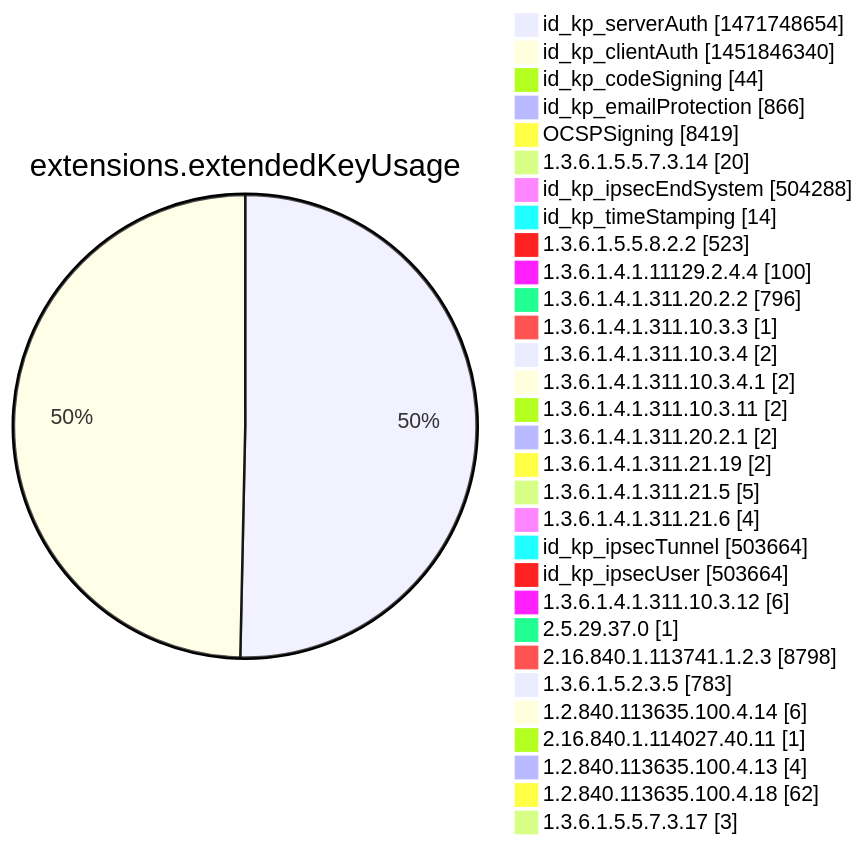
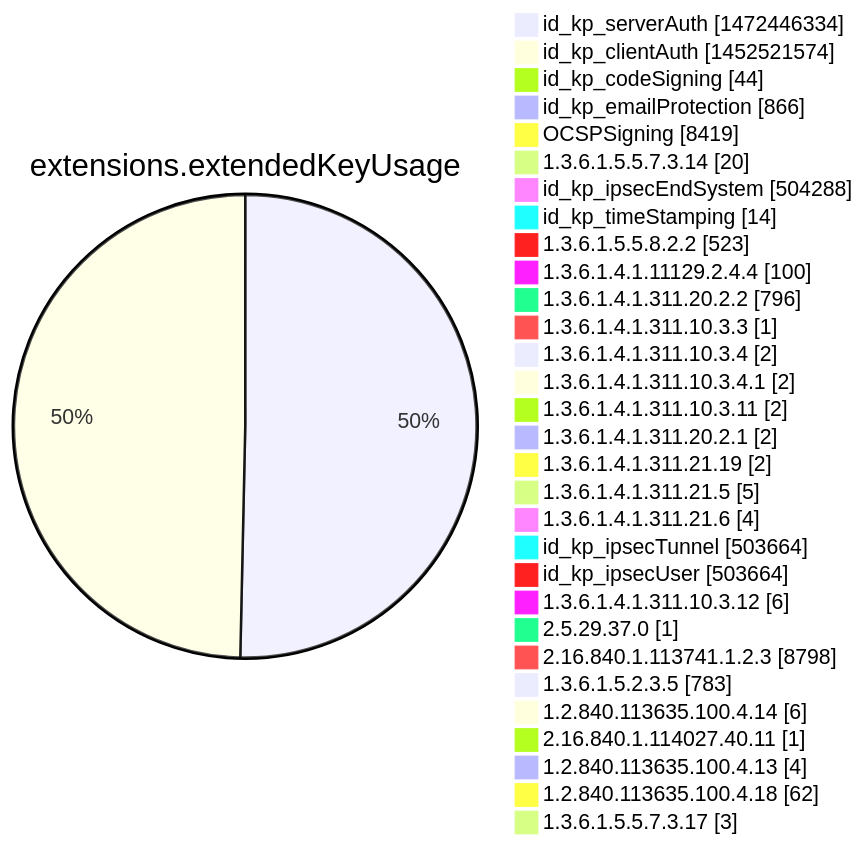
Before and after one commit to christiankrug/ctmonitor_visualization: diagram 12 of 15 in argon2022/README.md, drawn with Mermaid. The commit also changed other lines of this file, not shown here.

````diff
--- a/argon2022/README.md
+++ b/argon2022/README.md
@@ -3555,34 +3555,34 @@
 ```mermaid
 pie showData
 title extensions.extendedKeyUsage
-"id_kp_serverAuth" :1471748654
-"id_kp_clientAuth" :1451846340
+"id_kp_serverAuth" :1472446334
+"id_kp_clientAuth" :1452521574
 "id_kp_codeSigning" :44
 "id_kp_emailProtection" :866
 "OCSPSigning" :8419
 "1.3.6.1.5.5.7.3.14" :20
 "id_kp_ipsecEndSystem" :504288
 "id_kp_timeStamping" :14
 "1.3.6.1.5.5.8.2.2" :523
 "1.3.6.1.4.1.11129.2.4.4" :100
 "1.3.6.1.4.1.311.20.2.2" :796
 "1.3.6.1.4.1.311.10.3.3" :1
 "1.3.6.1.4.1.311.10.3.4" :2
 "1.3.6.1.4.1.311.10.3.4.1" :2
 "1.3.6.1.4.1.311.10.3.11" :2
 "1.3.6.1.4.1.311.20.2.1" :2
 "1.3.6.1.4.1.311.21.19" :2
 "1.3.6.1.4.1.311.21.5" :5
 "1.3.6.1.4.1.311.21.6" :4
 "id_kp_ipsecTunnel" :503664
 "id_kp_ipsecUser" :503664
 "1.3.6.1.4.1.311.10.3.12" :6
 "2.5.29.37.0" :1
 "2.16.840.1.113741.1.2.3" :8798
 "1.3.6.1.5.2.3.5" :783
 "1.2.840.113635.100.4.14" :6
 "2.16.840.1.114027.40.11" :1
 "1.2.840.113635.100.4.13" :4
 "1.2.840.113635.100.4.18" :62
 "1.3.6.1.5.5.7.3.17" :3
 ```
````
